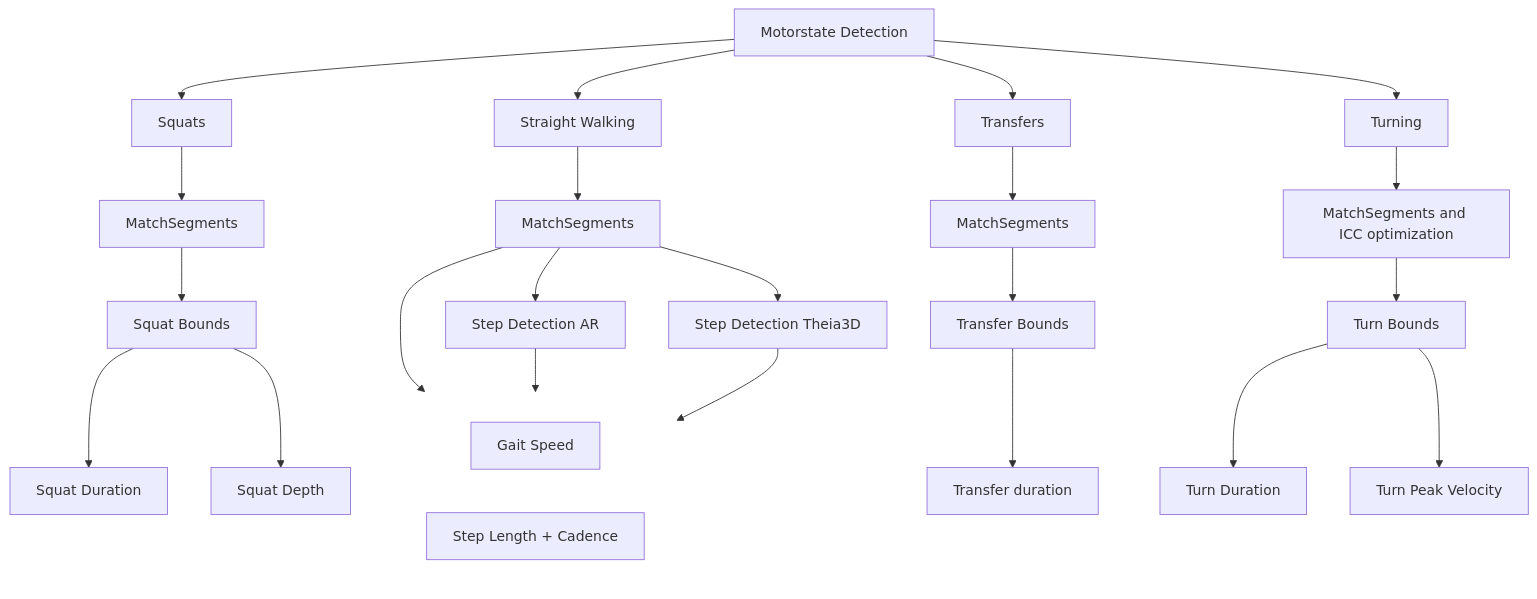
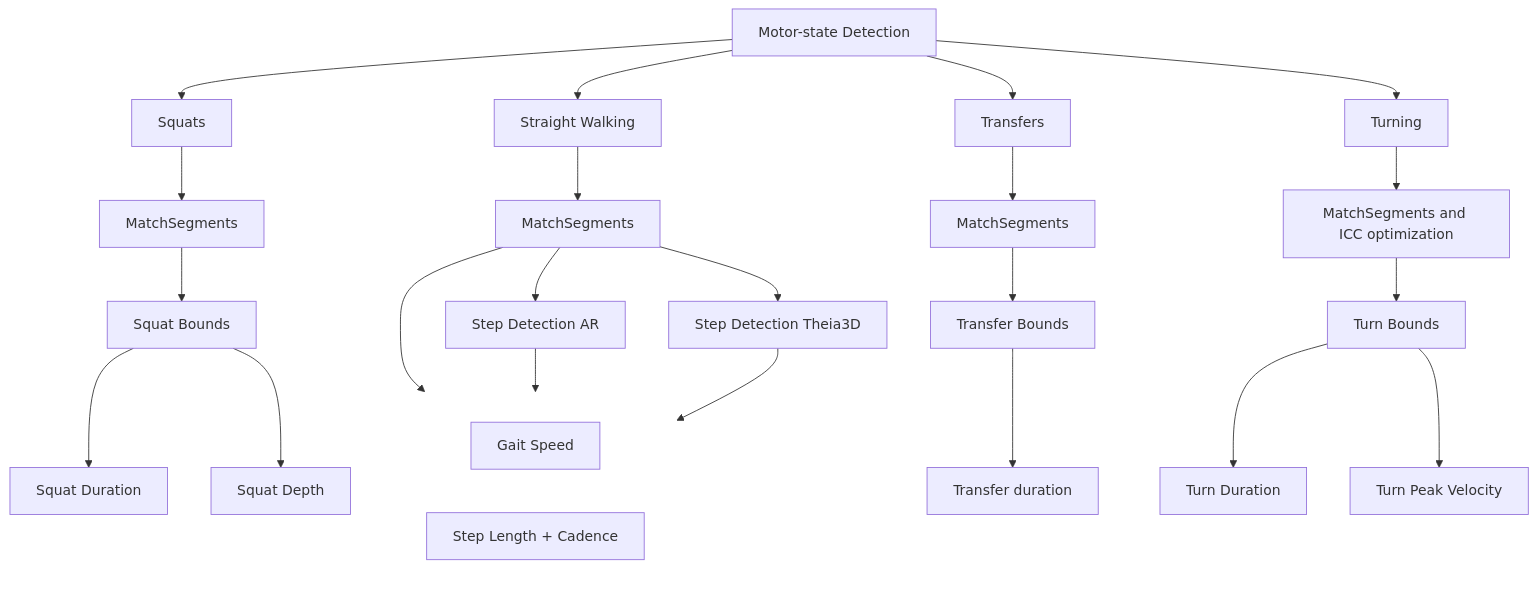
One commit to pvand/Motorstate_detection_and_metrics changed the diagram in README.md. Above: the diagram before and after it, drawn with Mermaid. The commit also changed other lines of this file, not shown here.

First line of the commit message:
Fix hyphenation in README for motor-state detection

````diff
--- a/README.md
+++ b/README.md
@@ -11,45 +11,45 @@
 ```mermaid
 flowchart TD
-    A[Motorstate Detection] --> B[Squats]
+    A[Motor-state Detection] --> B[Squats]
     A --> C[Straight Walking]
     A --> D[Transfers]
     A --> E[Turning]
     
     %% Squats
     B --> Bm[MatchSegments]
     Bm --> B1[Squat Bounds]
     B1 --> B2[Squat Duration]
     B1 --> B3[Squat Depth]
     
     %% Straight Walking
     C --> Cm[MatchSegments]
     Cm --> C0["Step Detection AR"]
     Cm --> C1["Step Detection Theia3D"]
     Cm --> C2[Gait Speed]
 
     %% Step metrics from both detection methods
     C0 --> C3[Step Length + Cadence]
     C1 --> C3
 
     %% Transfers
     D --> Dm[MatchSegments]
     Dm --> D1[Transfer Bounds]
     D1 --> D2[Transfer duration]
     
     %% Turning
     E --> Em[MatchSegments and ICC optimization]
     Em --> E1[Turn Bounds]
     E1 --> E2[Turn Duration]
     E1 --> E3[Turn Peak Velocity]
     
     %% Keep same visual row, no line, no color
     subgraph metrics[ ]
         direction LR
         C3
         C2
     end
     %% Override subgraph styling to remove color
     style metrics fill:none,stroke:none
    
 
 ```
````
